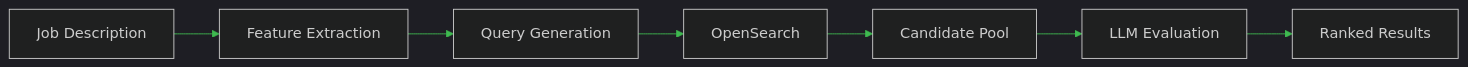
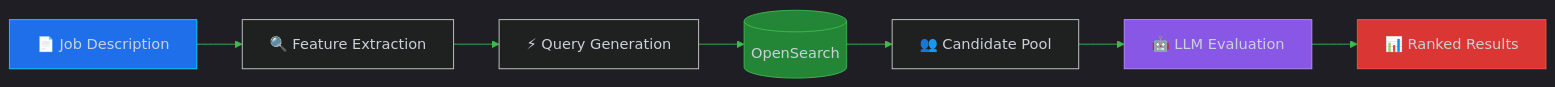
One commit to rishi-sangare/rishi-sangare changed the first of 4 diagrams in README.md. Above: the diagram before and after it, drawn with Mermaid. The commit also changed other lines of this file, not shown here.

````diff
--- a/README.md
+++ b/README.md
@@ -70,10 +116,15 @@
 ```mermaid
-%%{init: {'theme': 'dark', 'themeVariables': { 'primaryColor': '#00d4ff', 'primaryTextColor': '#fff', 'lineColor': '#3fb950'}}}%%
+%%{init: {'theme': 'dark', 'themeVariables': { 'primaryColor': '#00d4ff', 'edgeLabelBackground':'#0d1117', 'tertiaryColor': '#161b22', 'lineColor': '#3fb950', 'textColor': '#c9d1d9'}}}%%
 flowchart LR
-    A[Job Description] --> B[Feature Extraction]
-    B --> C[Query Generation]
-    C --> D[OpenSearch]
-    D --> E[Candidate Pool]
-    E --> F[LLM Evaluation]
-    F --> G[Ranked Results]
+    A[📄 Job Description] --> B[🔍 Feature Extraction]
+    B --> C[⚡ Query Generation]
+    C --> D[(OpenSearch)]
+    D --> E[👥 Candidate Pool]
+    E --> F[🤖 LLM Evaluation]
+    F --> G[📊 Ranked Results]
+    
+    style A fill:#1f6feb,stroke:#00d4ff
+    style D fill:#238636,stroke:#3fb950
+    style F fill:#8957e5,stroke:#bc8cff
+    style G fill:#da3633,stroke:#f85149
 ```
````
